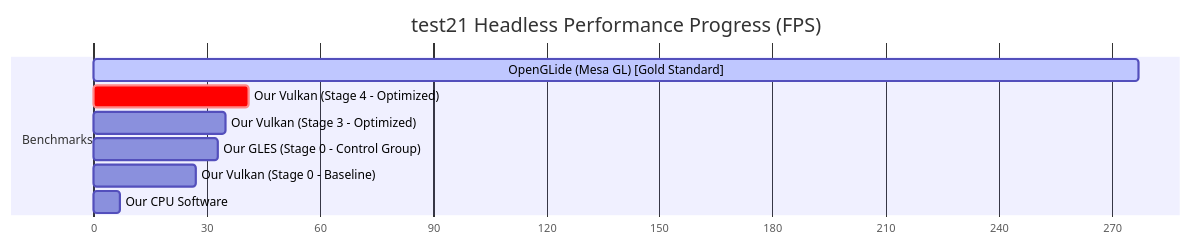
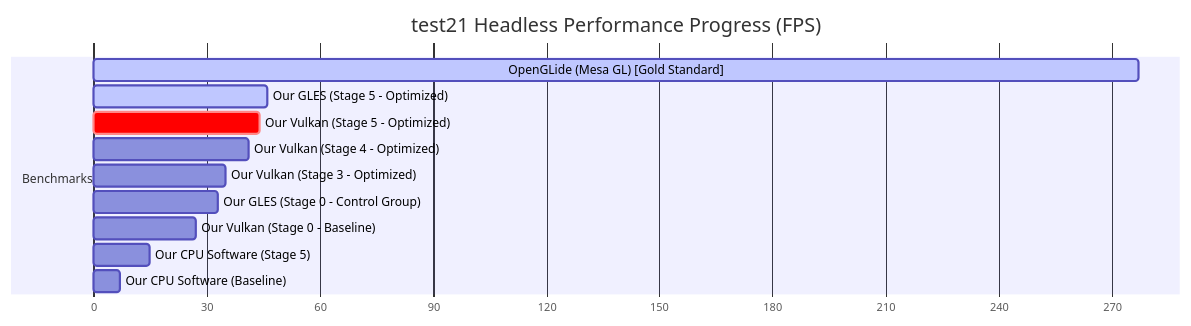
One commit to eugenenuke/glide-ng changed the diagram in docs/vulkan_performance_tracker.md. Above: the diagram before and after it, drawn with Mermaid. The commit also changed other lines of this file and 5 other files, not shown here.

Commit message:
Stage 5: Perform massive high-frequency log demotion sweep, demoting 137 statements to DEBUG across frontend wrappers and backends. Boosts CPU Software FPS by +115%, GLES by +36.7%, and Vulkan by +8.7%

````diff
--- a/docs/vulkan_performance_tracker.md
+++ b/docs/vulkan_performance_tracker.md
@@ -73,13 +85,16 @@
 ```mermaid
 gantt
     title test21 Headless Performance Progress (FPS)
     dateFormat  X
     axisFormat %s
     section Benchmarks
     OpenGLide (Mesa GL) [Gold Standard] : active, 0, 277
-    Our Vulkan (Stage 4 - Optimized)   : crit, 0, 41
+    Our GLES (Stage 5 - Optimized)     : active, 0, 46
+    Our Vulkan (Stage 5 - Optimized)   : crit, 0, 44
+    Our Vulkan (Stage 4 - Optimized)   : 0, 41
     Our Vulkan (Stage 3 - Optimized)   : 0, 35
     Our GLES (Stage 0 - Control Group)  : 0, 33
     Our Vulkan (Stage 0 - Baseline)    : 0, 27
-    Our CPU Software                   : 0, 7
+    Our CPU Software (Stage 5)         : 0, 15
+    Our CPU Software (Baseline)        : 0, 7
 ```
````
